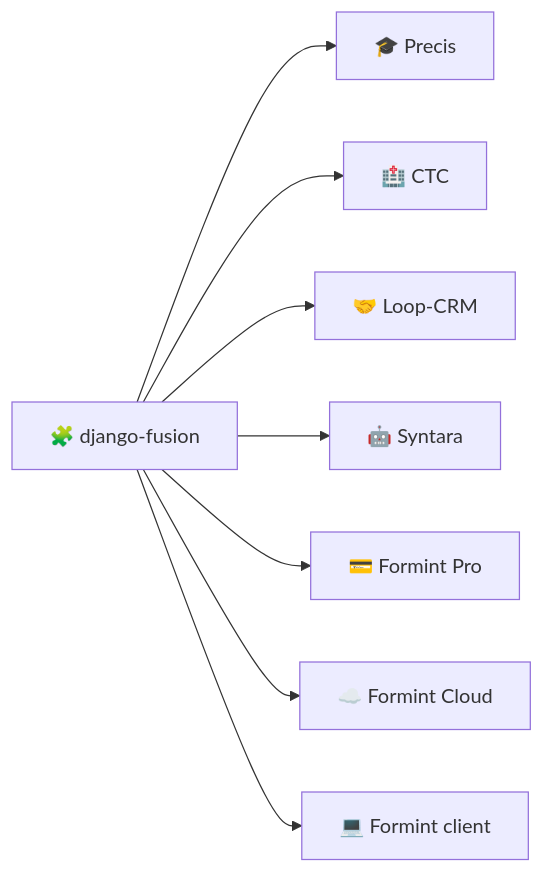
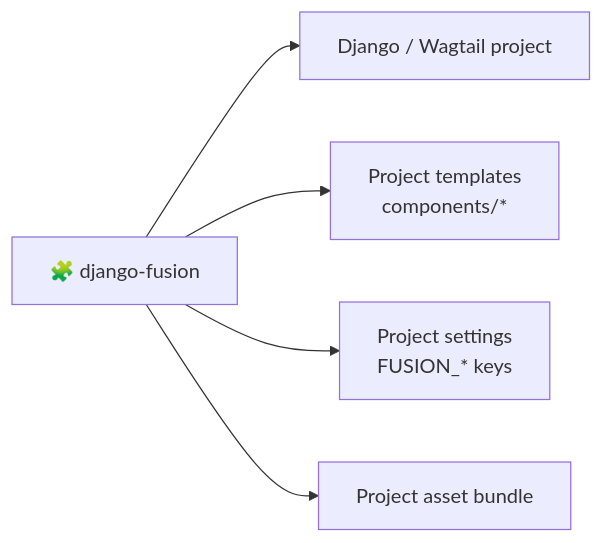
One commit to mammhoud/django-fusion changed the diagram in docs/00-package-guide.md. Above: the diagram before and after it, drawn with Mermaid. The commit also changed other lines of this file and 776 other files, not shown here.

````diff
--- a/docs/00-package-guide.md
+++ b/docs/00-package-guide.md
@@ -69,10 +85,7 @@
 ```mermaid
 graph LR
-    F[🧩 django-fusion] --> P[🎓 Precis]
-    F --> C[🏥 CTC]
-    F --> L[🤝 Loop-CRM]
-    F --> S[🤖 Syntara]
-    F --> Fp[💳 Formint Pro]
-    F --> Fc[☁️ Formint Cloud]
-    F --> Fcl[💻 Formint client]
+    F[🧩 django-fusion] --> P[Django / Wagtail project]
+    F --> T[Project templates<br/>components/*]
+    F --> S[Project settings<br/>FUSION_* keys]
+    F --> A[Project asset bundle]
 ```
````
